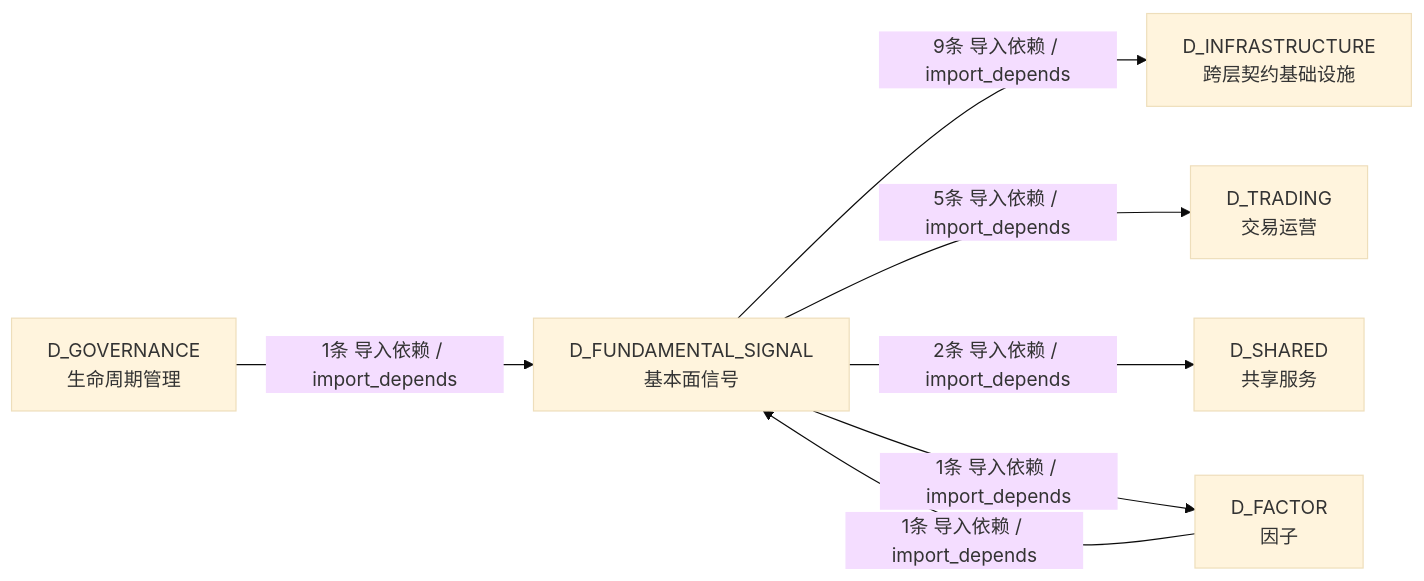
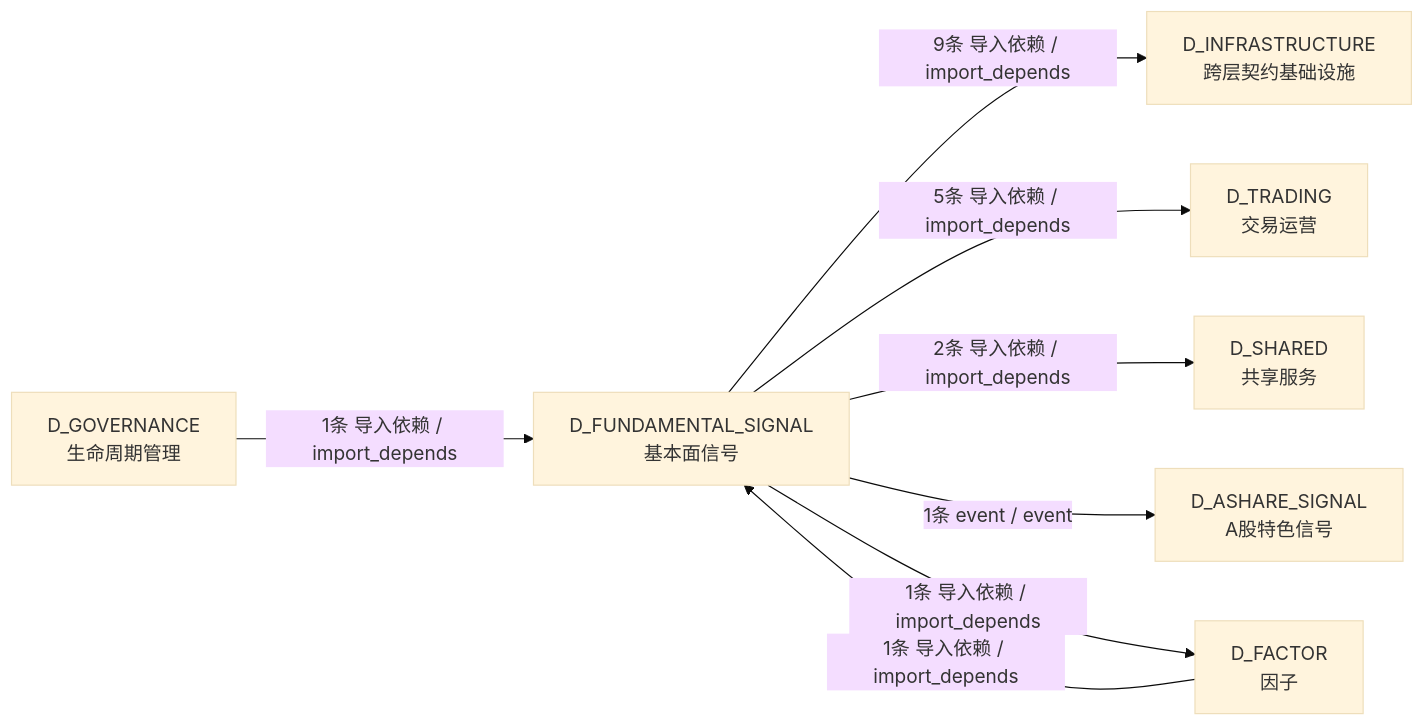
Before and after one commit to xuanFelixVan/ZephyrAlpha: the third of 3 diagrams in docs/02_enterprise_architecture/02_domain_architecture_docs/48_d_fundamental_signal.md, drawn with Mermaid (base theme). The commit also changed other lines of this file and 48 other files, not shown here.

````diff
--- a/docs/02_enterprise_architecture/02_domain_architecture_docs/48_d_fundamental_signal.md
+++ b/docs/02_enterprise_architecture/02_domain_architecture_docs/48_d_fundamental_signal.md
@@ -215,15 +215,17 @@
 ```mermaid
 graph LR
     D_FUNDAMENTAL_SIGNAL["D_FUNDAMENTAL_SIGNAL<br/>基本面信号"]
     D_INFRASTRUCTURE["D_INFRASTRUCTURE<br/>跨层契约基础设施"]
     D_TRADING["D_TRADING<br/>交易运营"]
     D_SHARED["D_SHARED<br/>共享服务"]
+    D_ASHARE_SIGNAL["D_ASHARE_SIGNAL<br/>A股特色信号"]
     D_FACTOR["D_FACTOR<br/>因子"]
     D_GOVERNANCE["D_GOVERNANCE<br/>生命周期管理"]
     D_FUNDAMENTAL_SIGNAL -->|9条 导入依赖 / import_depends| D_INFRASTRUCTURE
     D_FUNDAMENTAL_SIGNAL -->|5条 导入依赖 / import_depends| D_TRADING
     D_FUNDAMENTAL_SIGNAL -->|2条 导入依赖 / import_depends| D_SHARED
+    D_FUNDAMENTAL_SIGNAL -->|1条 event / event| D_ASHARE_SIGNAL
     D_FUNDAMENTAL_SIGNAL -->|1条 导入依赖 / import_depends| D_FACTOR
     D_FACTOR -->|1条 导入依赖 / import_depends| D_FUNDAMENTAL_SIGNAL
     D_GOVERNANCE -->|1条 导入依赖 / import_depends| D_FUNDAMENTAL_SIGNAL
 ```
````
